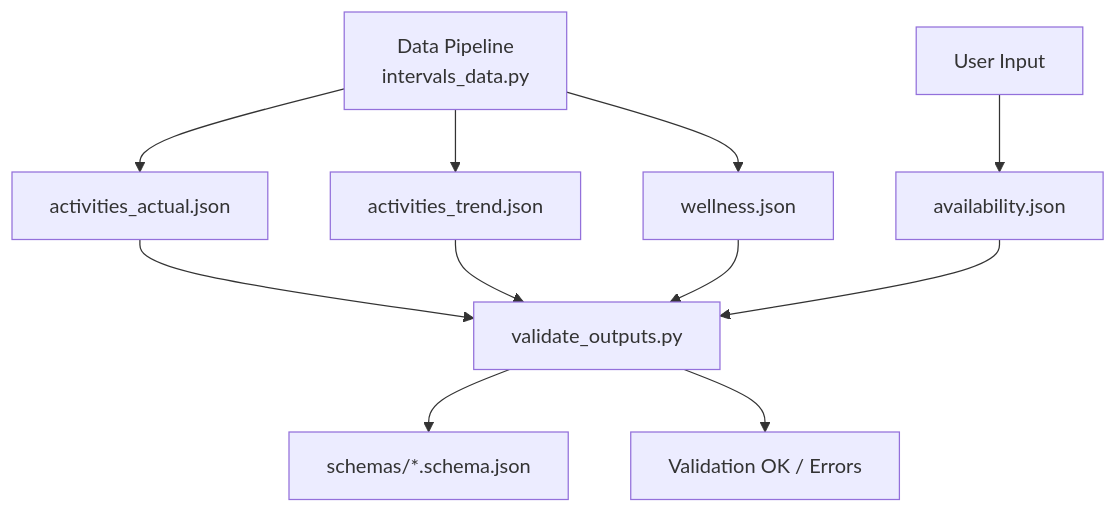
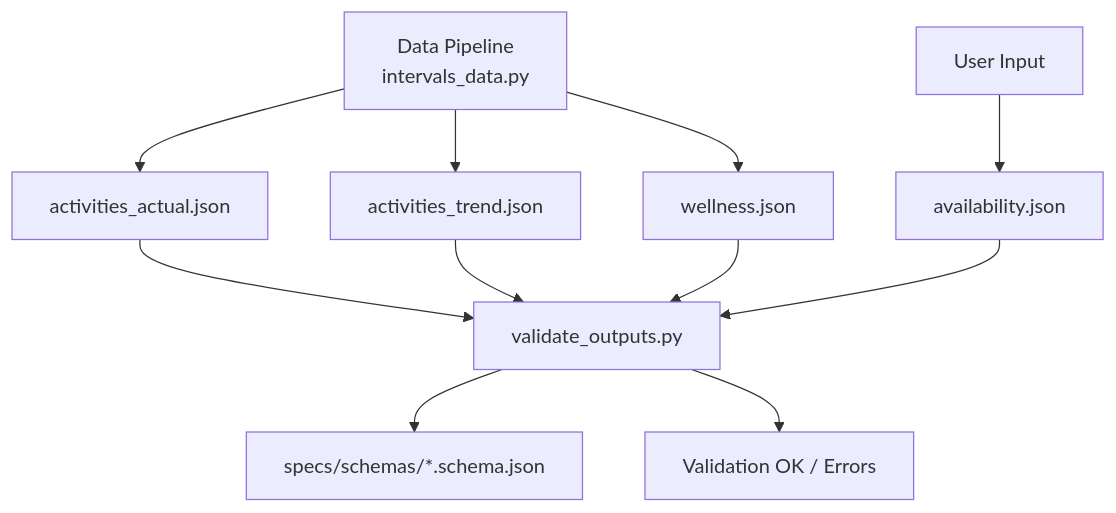
One commit to albauer-priv/RPS changed the diagram in doc/runbooks/validation.md. Above: the diagram before and after it, drawn with Mermaid. The commit also changed other lines of this file and 197 other files, not shown here.

````diff
--- a/doc/runbooks/validation.md
+++ b/doc/runbooks/validation.md
@@ -22,13 +22,13 @@
 ```mermaid
 flowchart TD
   DP["Data Pipeline<br>intervals_data.py"] --> AA[activities_actual.json]
   DP --> AT[activities_trend.json]
   DP --> WL[wellness.json]
   UI[User Input] --> AV[availability.json]
   AA --> VA[validate_outputs.py]
   AT --> VA
   AV --> VA
   WL --> VA
-  VA --> SC[schemas/*.schema.json]
+  VA --> SC[specs/schemas/*.schema.json]
   VA --> OK[Validation OK / Errors]
 ```
````
